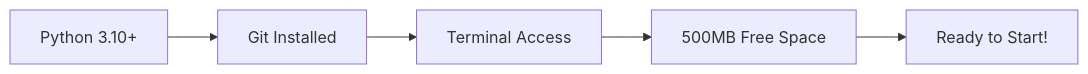
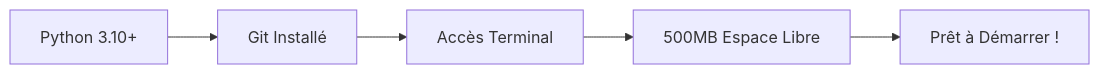
One commit to arkalia-luna-system/ia-pipeline changed the diagram in docs/USER_GUIDES/QUICK_START.md. Above: the diagram before and after it, drawn with Mermaid. The commit also changed other lines of this file and 2 other files, not shown here.

````diff
--- a/docs/USER_GUIDES/QUICK_START.md
+++ b/docs/USER_GUIDES/QUICK_START.md
@@ -23,7 +28,7 @@
 ```mermaid
 graph LR
-    A[Python 3.10+] --> B[Git Installed]
-    B --> C[Terminal Access]
-    C --> D[500MB Free Space]
-    D --> E[Ready to Start!]
+    A[Python 3.10+] --> B[Git Installé]
+    B --> C[Accès Terminal]
+    C --> D[500MB Espace Libre]
+    D --> E[Prêt à Démarrer !]
 ```
````
